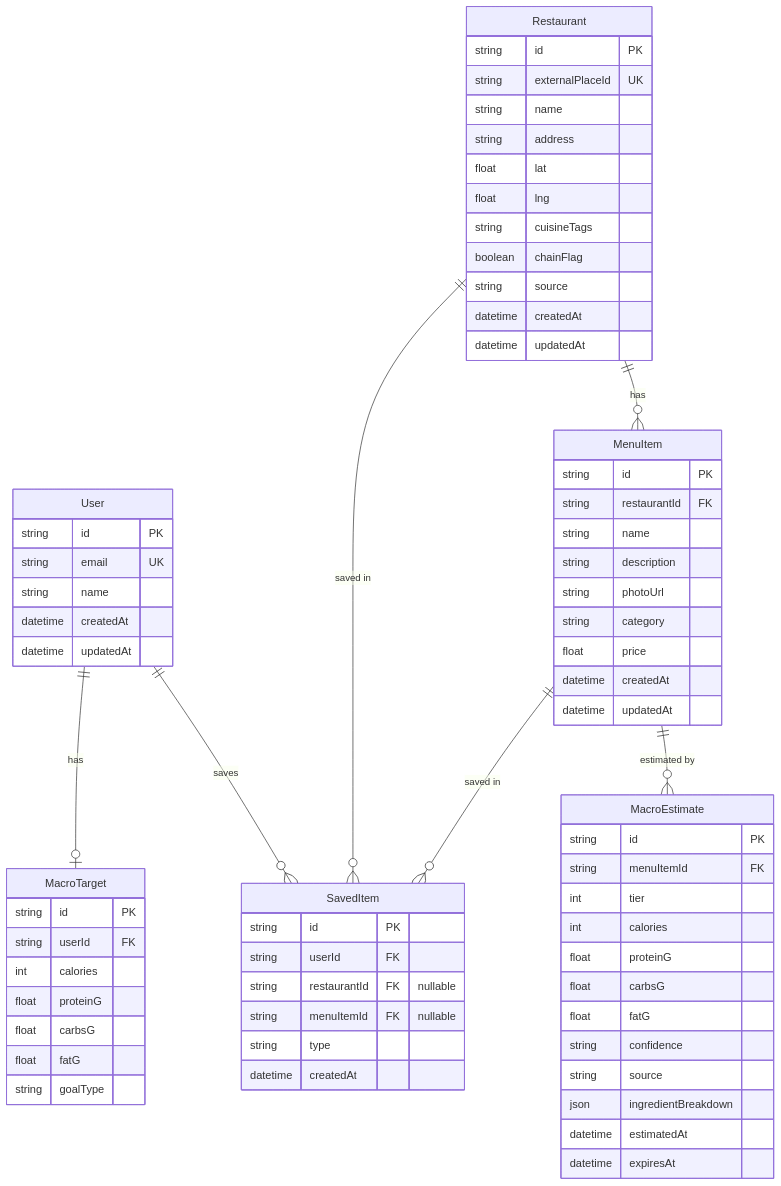
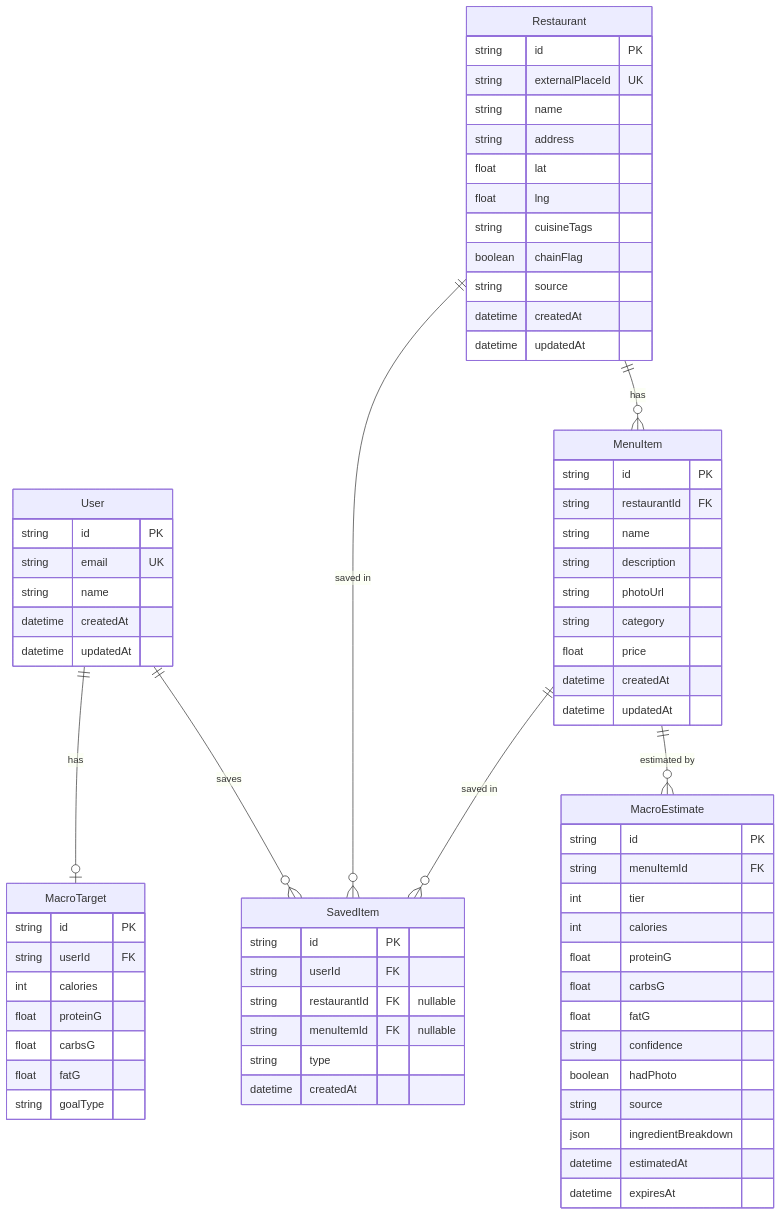
The third of 3 diagrams in docs/engineering/backend/system-design.md (dgmolla/fitsy), drawn with Mermaid before and after one commit. The commit also changed other lines of this file and 3 other files, not shown here.

````diff
--- a/docs/engineering/backend/system-design.md
+++ b/docs/engineering/backend/system-design.md
@@ -232,77 +213,78 @@
 ```mermaid
 erDiagram
     User {
         string id PK
         string email UK
         string name
         datetime createdAt
         datetime updatedAt
     }
 
     MacroTarget {
         string id PK
         string userId FK
         int calories
         float proteinG
         float carbsG
         float fatG
         string goalType
     }
 
     Restaurant {
         string id PK
         string externalPlaceId UK
         string name
         string address
         float lat
         float lng
         string cuisineTags
         boolean chainFlag
         string source
         datetime createdAt
         datetime updatedAt
     }
 
     MenuItem {
         string id PK
         string restaurantId FK
         string name
         string description
         string photoUrl
         string category
         float price
         datetime createdAt
         datetime updatedAt
     }
 
     MacroEstimate {
         string id PK
         string menuItemId FK
         int tier
         int calories
         float proteinG
         float carbsG
         float fatG
         string confidence
+        boolean hadPhoto
         string source
         json ingredientBreakdown
         datetime estimatedAt
         datetime expiresAt
     }
 
     SavedItem {
         string id PK
         string userId FK
         string restaurantId FK "nullable"
         string menuItemId FK "nullable"
         string type
         datetime createdAt
     }
 
     User ||--o| MacroTarget : "has"
     User ||--o{ SavedItem : "saves"
     Restaurant ||--o{ MenuItem : "has"
     MenuItem ||--o{ MacroEstimate : "estimated by"
     Restaurant ||--o{ SavedItem : "saved in"
     MenuItem ||--o{ SavedItem : "saved in"
 ```
````
